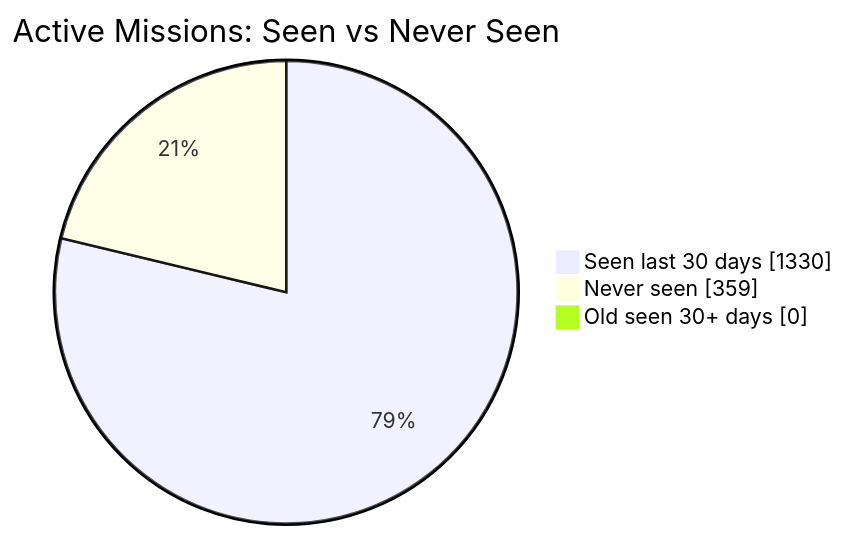
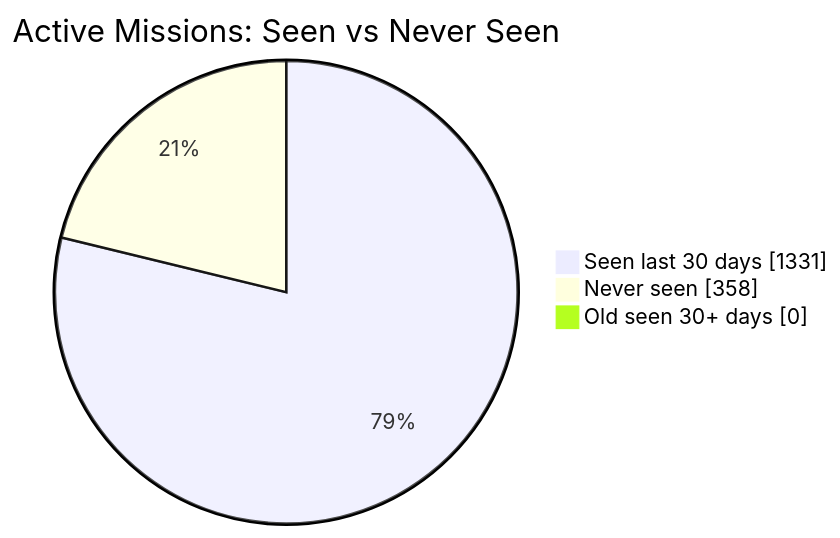
The first of 2 diagrams in README.md (MeldkamerspelGameTeam/active-missions), drawn with Mermaid before and after one commit. The commit also changed other lines of this file and 3 other files, not shown here.

````diff
--- a/README.md
+++ b/README.md
@@ -34,7 +34,7 @@
 ```mermaid
 pie showData
     title Active Missions: Seen vs Never Seen
-    "Seen last 30 days" : 1330
-    "Never seen" : 359
+    "Seen last 30 days" : 1331
+    "Never seen" : 358
     "Old seen 30+ days" : 0
 ```
````
